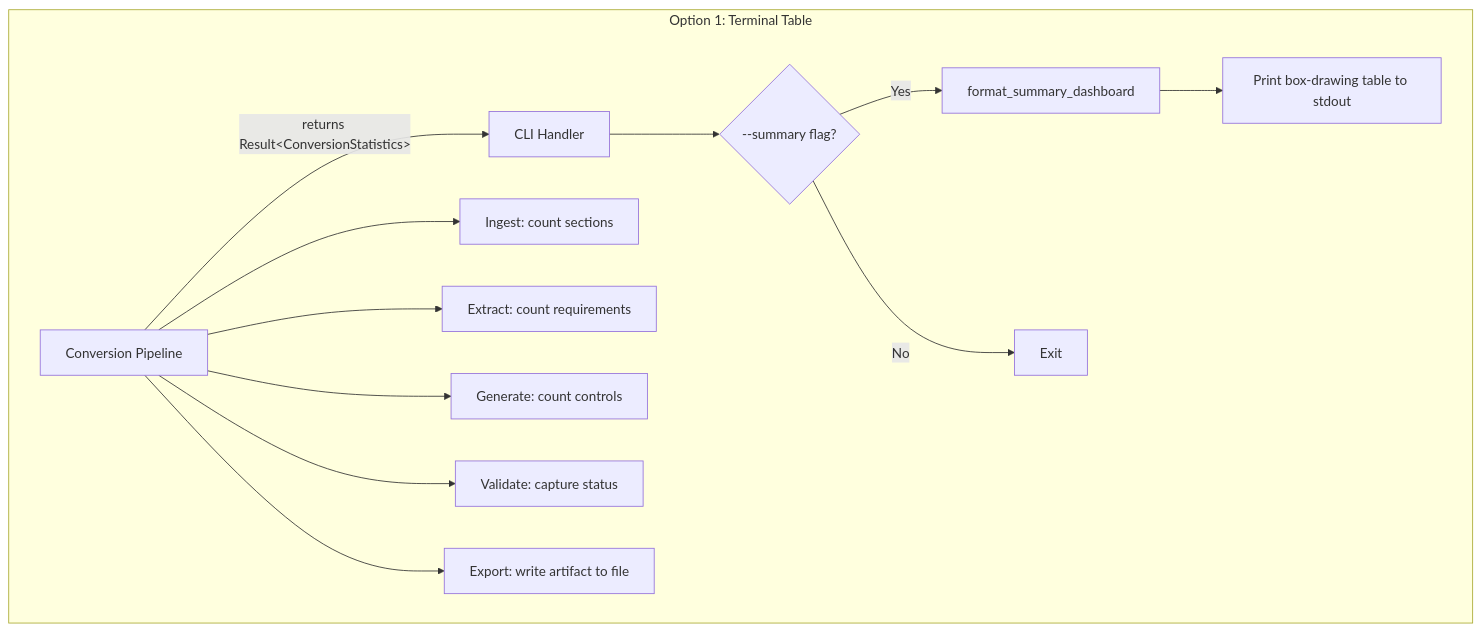
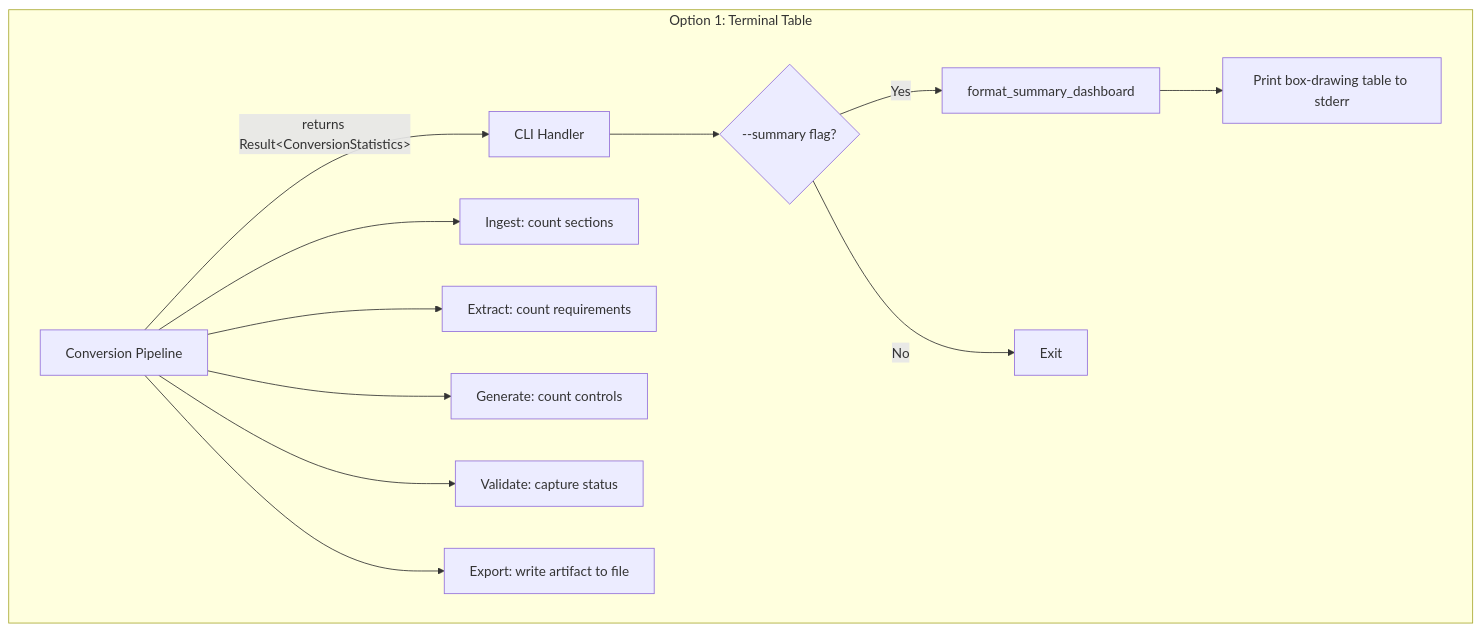
Before and after one commit to policy-forge/forge: the second of 6 diagrams in docs/AR/044-ar-summary-dashboard.md, drawn with Mermaid. The commit also changed other lines of this file and 8 other files, not shown here.

````diff
--- a/docs/AR/044-ar-summary-dashboard.md
+++ b/docs/AR/044-ar-summary-dashboard.md
@@ -143,15 +143,15 @@
 ```mermaid
 graph TD
     subgraph "Option 1: Terminal Table"
         Pipeline1[Conversion Pipeline] --> |"returns Result&lt;ConversionStatistics&gt;"| CLI1[CLI Handler]
         Pipeline1 --> Ingest1[Ingest: count sections]
         Pipeline1 --> Extract1[Extract: count requirements]
         Pipeline1 --> Generate1[Generate: count controls]
         Pipeline1 --> Validate1[Validate: capture status]
         Pipeline1 --> Export1[Export: write artifact to file]
         CLI1 --> Check1{--summary flag?}
         Check1 -->|Yes| Format1[format_summary_dashboard]
-        Format1 --> Print1["Print box-drawing table to stdout"]
+        Format1 --> Print1["Print box-drawing table to stderr"]
         Check1 -->|No| Exit1[Exit]
     end
 ```
````
